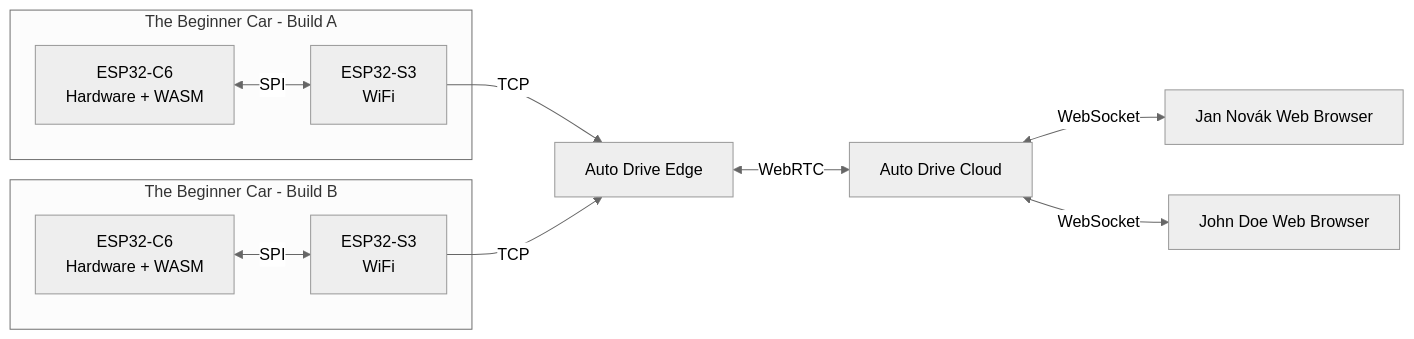
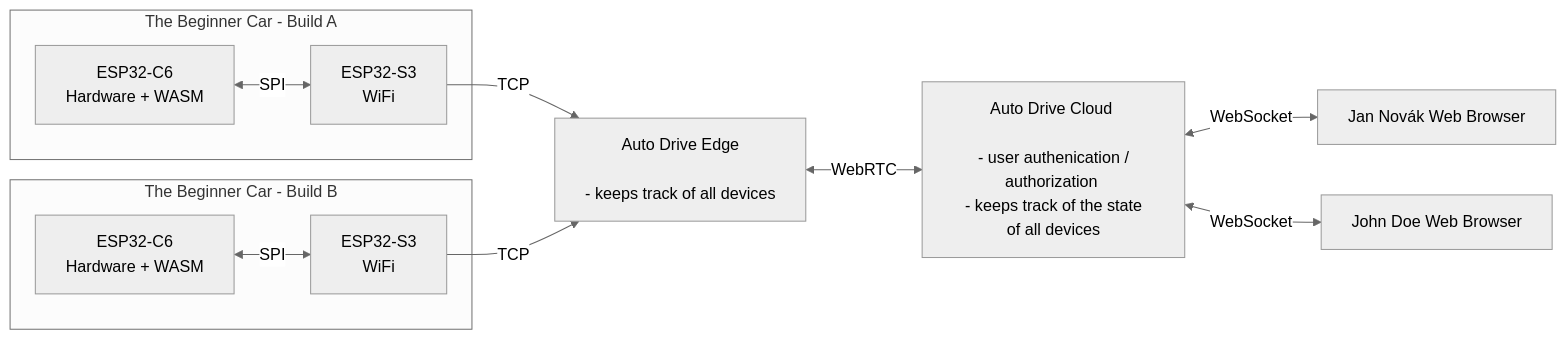
Before and after one commit to Hugos-Tech-Lab/AutoDrive: the diagram in auto-drive-edge/README.md, drawn with Mermaid (neutral theme).

Commit message:
Progress

````diff
--- a/auto-drive-edge/README.md
+++ b/auto-drive-edge/README.md
@@ -2,26 +2,26 @@
 ```mermaid
 flowchart LR
     subgraph DEVICE1["The Beginner Car - Build A"]
         C61["ESP32-C6<br/>Hardware + WASM"]
         S31["ESP32-S3<br/>WiFi"]
         C61 <-->|SPI| S31
     end
 
     subgraph DEVICE2["The Beginner Car - Build B"]
         C62["ESP32-C6<br/>Hardware + WASM"]
         S32["ESP32-S3<br/>WiFi"]
         C62 <-->|SPI| S32
     end
 
-    E["Auto Drive Edge"]
-    C["Auto Drive Cloud"]
+    E["Auto Drive Edge <br/> <br/> - keeps track of all devices"]
+    C["Auto Drive Cloud <br/> <br/> - user authenication / authorization <br/> - keeps track of the state of all devices "]
     W2["John Doe Web Browser"]
     W1["Jan Novák Web Browser"]
 
     S31 -->|TCP| E
     S32 -->|TCP| E
 
     E <-->|WebRTC| C
     C <-->|WebSocket| W1
     C <-->|WebSocket| W2
 ```
````
